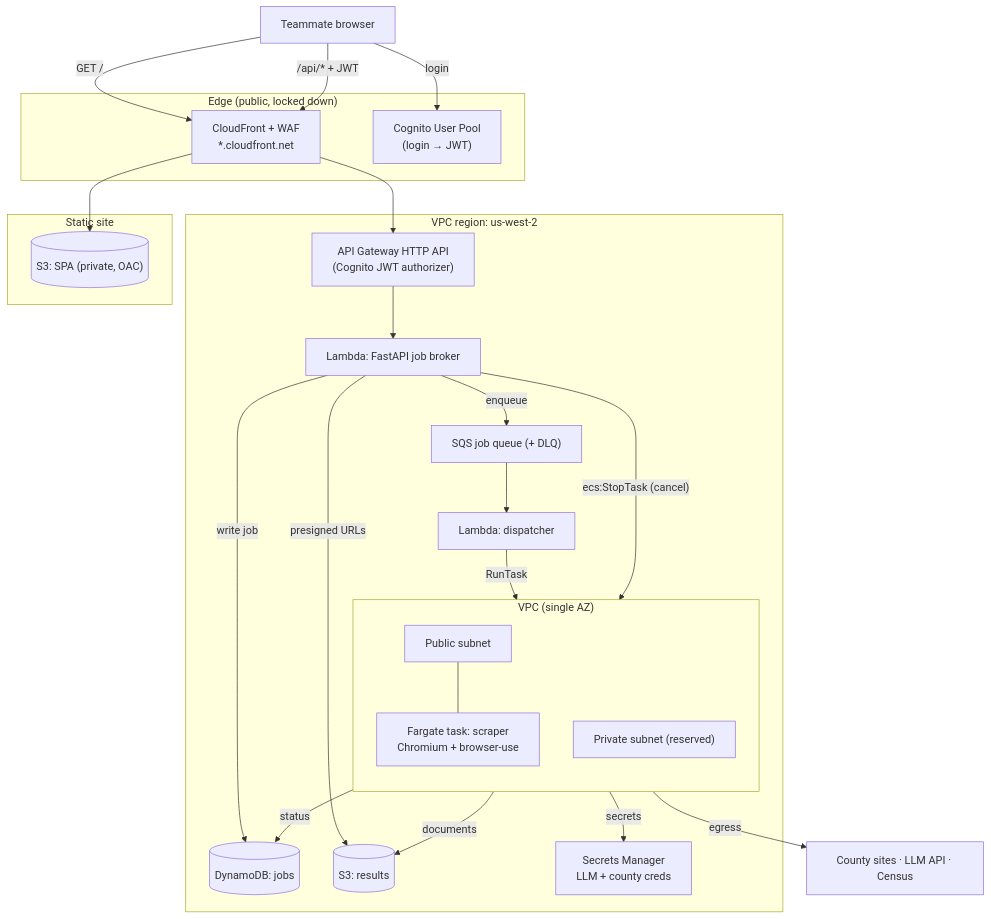
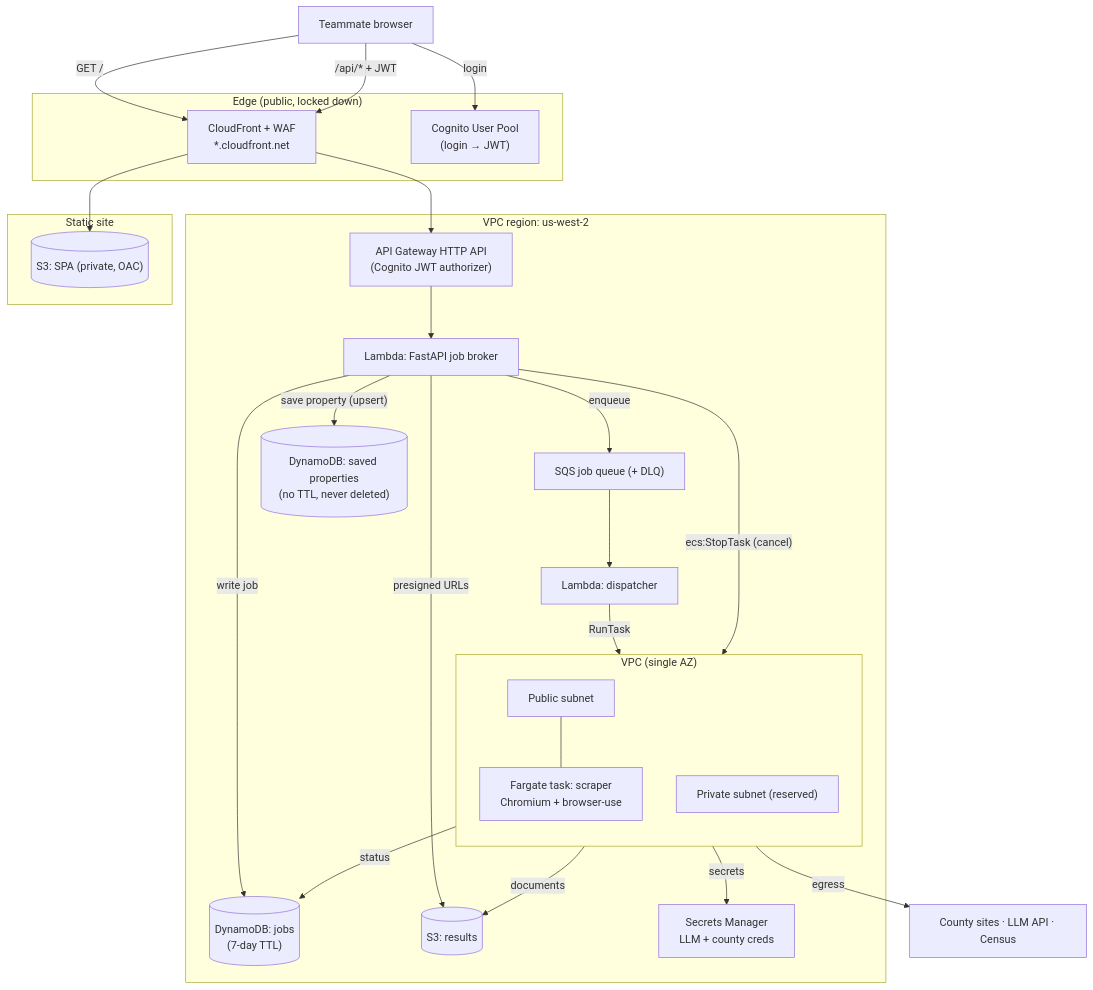
The first of 4 diagrams in docs/architecture.md (jjacks25/survey-art), drawn with Mermaid before and after one commit. The commit also changed other lines of this file and 11 other files, not shown here.

First line of the commit message:
Add a permanent saved-properties list, independent of run history

````diff
--- a/docs/architecture.md
+++ b/docs/architecture.md
@@ -25,46 +25,48 @@
 ```mermaid
 flowchart TB
     user["Teammate browser"]
 
     subgraph edge["Edge (public, locked down)"]
         cf["CloudFront + WAF<br/>*.cloudfront.net"]
         cognito["Cognito User Pool<br/>(login → JWT)"]
     end
 
     subgraph region["VPC region: us-west-2"]
         apigw["API Gateway HTTP API<br/>(Cognito JWT authorizer)"]
         api["Lambda: FastAPI job broker"]
         sqs["SQS job queue (+ DLQ)"]
         dispatch["Lambda: dispatcher"]
 
         subgraph vpc["VPC (single AZ)"]
             direction TB
             pub["Public subnet"]
             worker["Fargate task: scraper<br/>Chromium + browser-use"]
             priv["Private subnet (reserved)"]
             pub --- worker
         end
 
-        ddb[("DynamoDB: jobs")]
+        ddb[("DynamoDB: jobs<br/>(7-day TTL)")]
+        savedddb[("DynamoDB: saved properties<br/>(no TTL, never deleted)")]
         s3res[("S3: results")]
         secrets["Secrets Manager<br/>LLM + county creds"]
     end
 
     subgraph static["Static site"]
         s3site[("S3: SPA (private, OAC)")]
     end
 
     external["County sites · LLM API · Census"]
 
     user -->|login| cognito
     user -->|"GET /"| cf --> s3site
     user -->|"/api/* + JWT"| cf --> apigw --> api
     api -->|write job| ddb
+    api -->|"save property (upsert)"| savedddb
     api -->|enqueue| sqs --> dispatch -->|RunTask| worker
     worker -->|documents| s3res
     worker -->|status| ddb
     worker -->|secrets| secrets
     worker -->|egress| external
     api -->|presigned URLs| s3res
     api -->|"ecs:StopTask (cancel)"| worker
 ```
````
